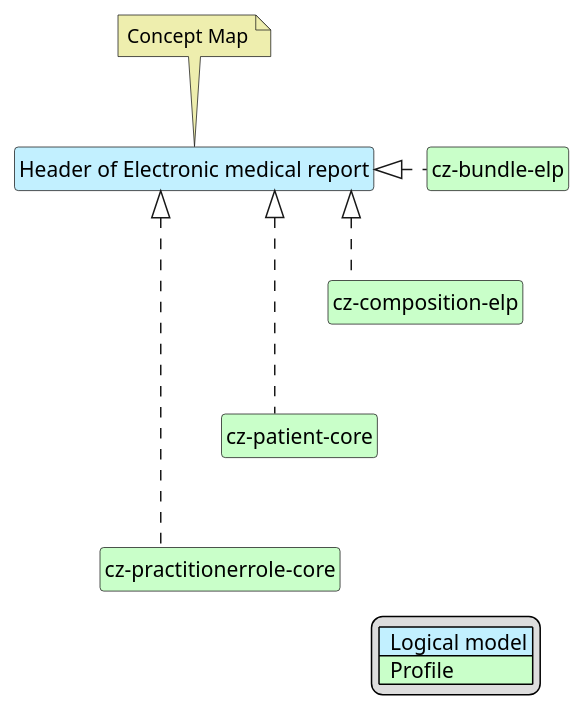
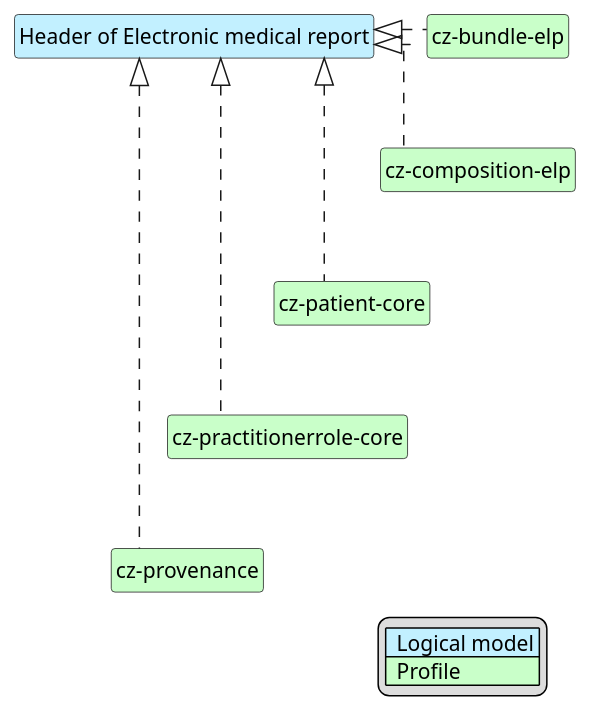
Before and after one commit to HL7-cz/elp: the diagram in input/images-source/elpHead-map.plantuml, drawn with PlantUML. The commit also changed 18 other files, not shown here.

Commit message:
Rebase on CZ core, Provenance signature, mapping tables

```diff
--- a/input/images-source/elpHead-map.plantuml
+++ b/input/images-source/elpHead-map.plantuml
@@ -1,34 +1,34 @@
 @startuml
 hide circle
 hide stereotype
 hide members
 hide methods
 skinparam linetype ortho
 skinparam class {
 BackgroundColor<<LogicalModel>> #APPLICATION
 BackgroundColor<<Profile>> #TECHNOLOGY
 }
 legend right
 | <#APPLICATION>  Logical model |
 | <#TECHNOLOGY>  Profile |
 endlegend
 class "Header of Electronic medical report" <<LogicalModel>> [[StructureDefinition-HeaderElpCz.html]]
-note top #EEEEAE [[ConceptMap-Header2FHIR-cz.html]]
-Concept Map
-endnote
 
 class "cz-patient-core" <<Profile>> [[https://build.fhir.org/ig/HL7-cz/cz-core/StructureDefinition-cz-patient-core.html]]
 class "cz-practitionerrole-core" <<Profile>> [[https://build.fhir.org/ig/HL7-cz/cz-core/StructureDefinition-cz-practitionerrole-core.html]]
 class "cz-bundle-elp" <<Profile>> [[StructureDefinition-cz-bundle-elp.html]]
 class "cz-composition-elp" <<Profile>> [[StructureDefinition-cz-composition-elp.html]]
+class "cz-provenance" <<Profile>> [[https://build.fhir.org/ig/HL7-cz/cz-core/StructureDefinition-cz-provenance.html]]
 
 "Header of Electronic medical report" <|. "cz-composition-elp"
 "Header of Electronic medical report" <|. "cz-bundle-elp"
 "Header of Electronic medical report" <|. "cz-patient-core"
 "Header of Electronic medical report" <|. "cz-practitionerrole-core"
+"Header of Electronic medical report" <|. "cz-provenance"
 
 "cz-bundle-elp" -d[hidden]-> "cz-composition-elp"
 "cz-composition-elp" -d[hidden]-> "cz-patient-core"
 "cz-patient-core" -d[hidden]-> "cz-practitionerrole-core"
+"cz-practitionerrole-core" -d[hidden]-> "cz-provenance"
 
 @enduml
```
